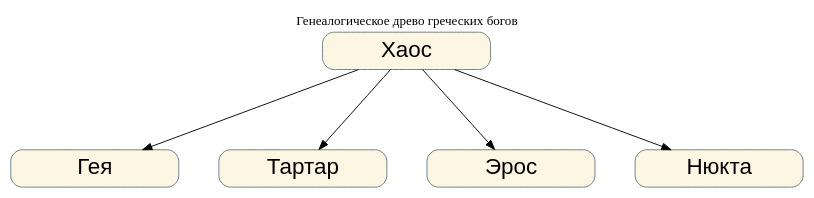
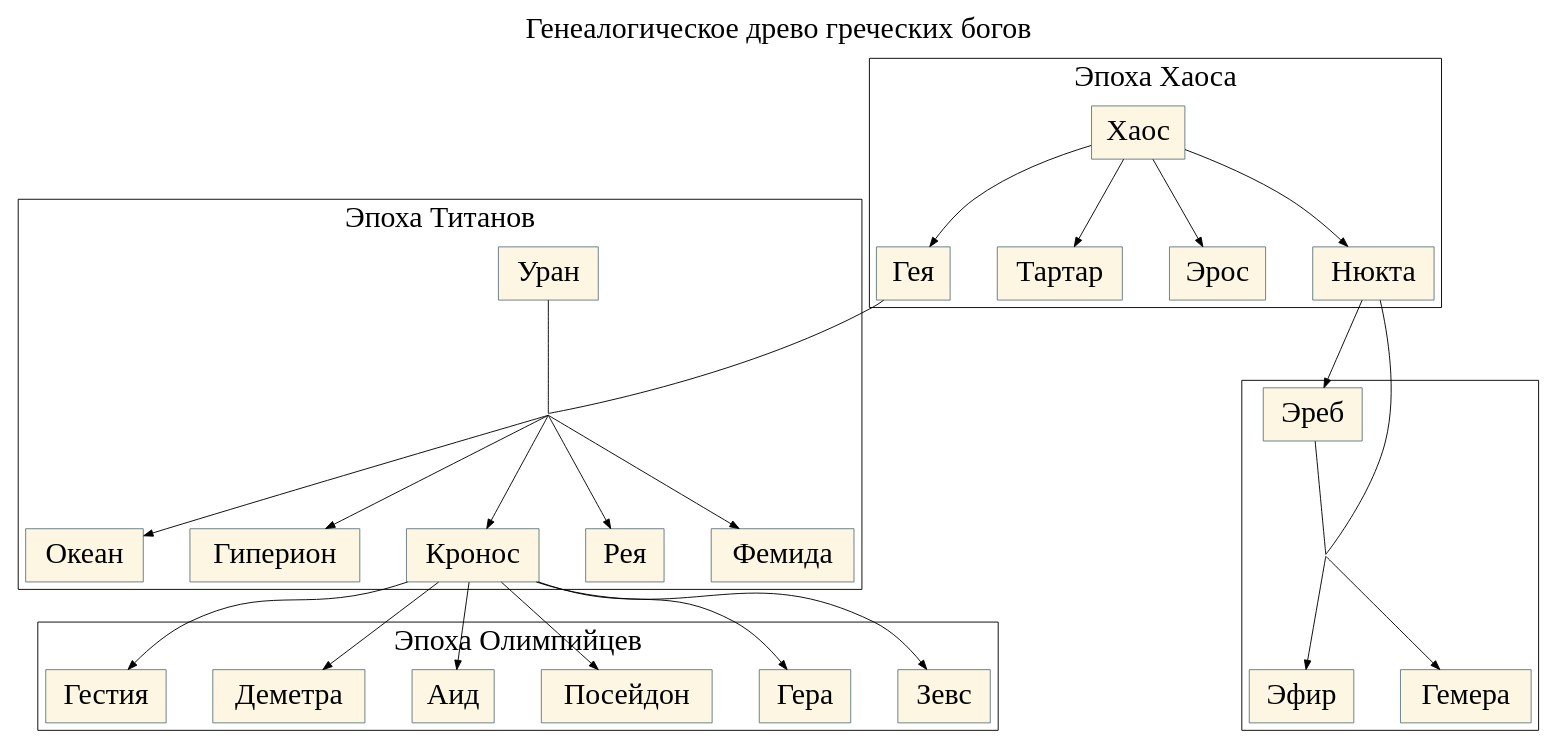
One commit to EgorDed/GreekGods changed the diagram in graph.dot. Above: the diagram before and after it, drawn with Graphviz.

Commit message:
изменил структуру

```diff
--- a/graph.dot
+++ b/graph.dot
@@ -1,37 +1,116 @@
-digraph graf {
+digraph GreekGods {
+    // === Общие настройки ===
     rankdir=TB;
-    node[
+    labelloc="t";
+    label="Генеалогическое древо греческих богов";
+    fontsize=32;
+
+    // === Визуальные параметры ===
+    ranksep=1.3;
+    nodesep=0.7;
+
+    node [
         shape=box,
-        style="rounded,filled",
-        fontsize=24,
-        fontname="Helvetica",
+        style="filled",
+        fontname="Tahoma",
+        fontsize=32,
+        color="#657b83",
         fillcolor="#fdf6e3",
-        color="#657b83",
-        fixedsize=false,
-        width=2.5,
-        margin="0.15,0.10"
+        margin="0.2,0.15"
     ];
 
-    // Демиурги
-    Chaos [label="Хаос"];
-    Gaia [label="Гея"];
-    Tartarus [label="Тартар"];
-    Eros [label="Эрос"];
+    // === Хаос и первые боги ===
+    subgraph cluster_chaos {
+        label = "Эпоха Хаоса";
+        style = solid;
+        color = "#fff";
+        fillcolor = "#fdf6e3";
 
-    Nyx [label="Нюкта"];
+        Chaos [label="Хаос"];
+        Gaia [label="Гея"];
+        Tartarus [label="Тартар"];
+        Eros [label="Эрос"];
+        Nyx [label="Нюкта"];
 
-    // Выходцы из Хаоса
-    Chaos -> Gaia;
-    Chaos -> Tartarus;
-    Chaos -> Eros;
-    Chaos -> Nyx;
+        Chaos -> {
+            Gaia
+            Tartarus
+            Eros
+            Nyx
+        };
+    }
 
+    subgraph cluster_Nyx_Erebus {
+        label = "";
+        style = solid;
+        color = "#fff";
+        fillcolor = "#e0f7fa";
 
+        Erebus [label="Эреб"];
+        Efirus [label="Эфир"];
+        Gemera [label="Гемера"];
 
+        Nyx -> Erebus;
 
-// --- Визуальные настройки ---
-ranksep=1.2;
-nodesep=0.6;
-labelloc="t";
-label="Генеалогическое древо греческих богов";
+        Nyx_Erebus [shape=point width=0 label=""];
+        Erebus -> Nyx_Erebus [dir=none];
+        Nyx -> Nyx_Erebus [dir=none];
+
+        Nyx_Erebus -> {
+            Efirus
+            Gemera
+        }
+    }
+
+    // === Эпоха Титанов ===
+    subgraph cluster_titans {
+        label = "Эпоха Титанов";
+        style = solid;
+        color = "#fff";
+        fillcolor = "#e0f7fa";
+
+        Uranus [label="Уран"];
+        Gaia_Uranus [shape=point width=0 label=""];
+
+        Gaia -> Gaia_Uranus [dir=none];
+        Uranus -> Gaia_Uranus [dir=none];
+
+        Oceanus [label="Океан"];
+        Hyperion [label="Гиперион"];
+        Cronus [label="Кронос"];
+        Rhea [label="Рея"];
+        Themis [label="Фемида"];
+
+        Gaia_Uranus -> {
+            Oceanus
+            Hyperion
+            Cronus
+            Rhea
+            Themis
+        };
+    }
+
+    // === Эпоха Олимпийцев ===
+    subgraph cluster_olympians {
+        label = "Эпоха Олимпийцев";
+        style = solid;
+        color = "#fff";
+        fillcolor = "#fff3e0";
+
+        Zeus [label="Зевс"];
+        Hera [label="Гера"];
+        Poseidon [label="Посейдон"];
+        Hades [label="Аид"];
+        Demeter [label="Деметра"];
+        Hestia [label="Гестия"];
+
+        Cronus -> {
+            Zeus
+            Poseidon
+            Hades
+            Hera
+            Demeter
+            Hestia
+        };
+    }
 }
```
